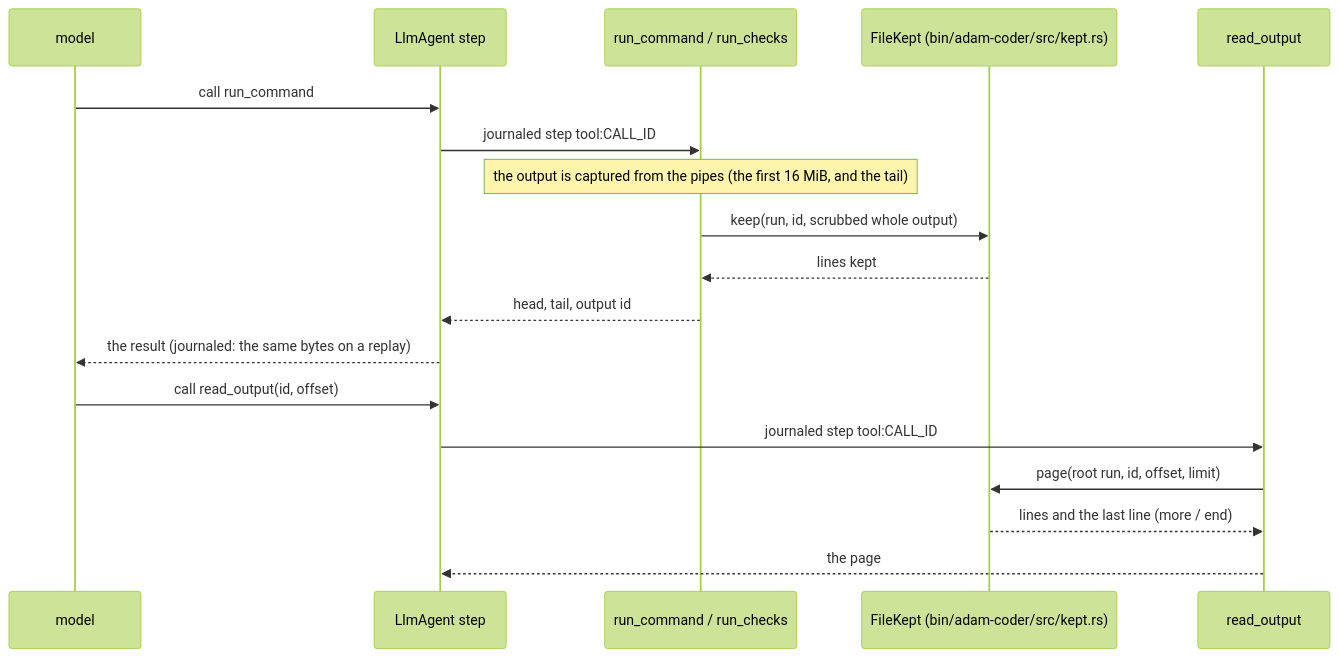
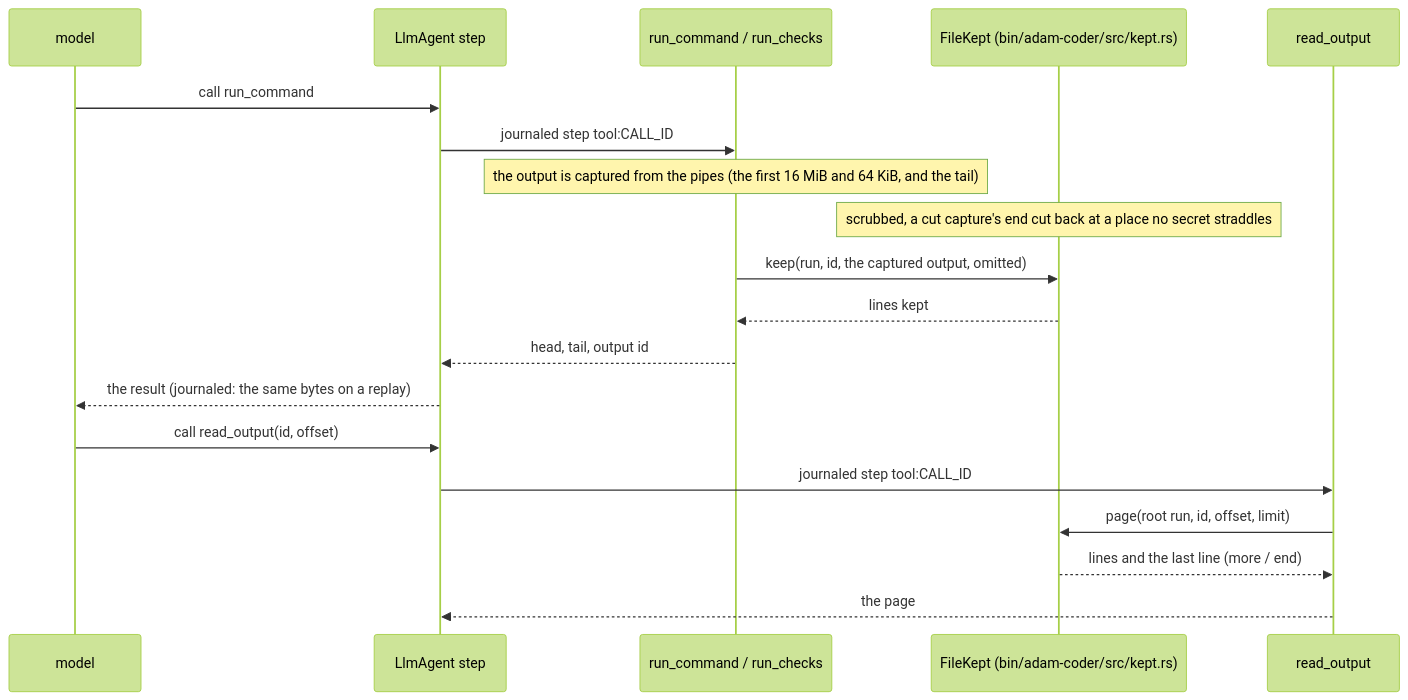
Diagram 20 of 21 in docs/architecture.md (vymalo/another-adam-rs), drawn with Mermaid (forest theme) before and after one commit. The commit also changed 15 other files, not shown here.

First line of the commit message:
fix(coder): no part of a secret is kept at the cut of an output, and the janitor never follows a link

````diff
--- a/docs/architecture.md
+++ b/docs/architecture.md
@@ -1106,20 +1106,21 @@
 ```mermaid
 sequenceDiagram
     participant M as model
     participant L as LlmAgent step
     participant T as run_command / run_checks
     participant K as FileKept (bin/adam-coder/src/kept.rs)
     participant R as read_output
     M->>L: call run_command
     L->>T: journaled step tool:CALL_ID
-    Note over T: the output is captured from the pipes (the first 16 MiB, and the tail)
-    T->>K: keep(run, id, scrubbed whole output)
+    Note over T: the output is captured from the pipes (the first 16 MiB and 64 KiB, and the tail)
+    Note over K: scrubbed, a cut capture's end cut back at a place no secret straddles
+    T->>K: keep(run, id, the captured output, omitted)
     K-->>T: lines kept
     T-->>L: head, tail, output id
     L-->>M: the result (journaled: the same bytes on a replay)
     M->>L: call read_output(id, offset)
     L->>R: journaled step tool:CALL_ID
     R->>K: page(root run, id, offset, limit)
     K-->>R: lines and the last line (more / end)
     R-->>L: the page
 ```
````
